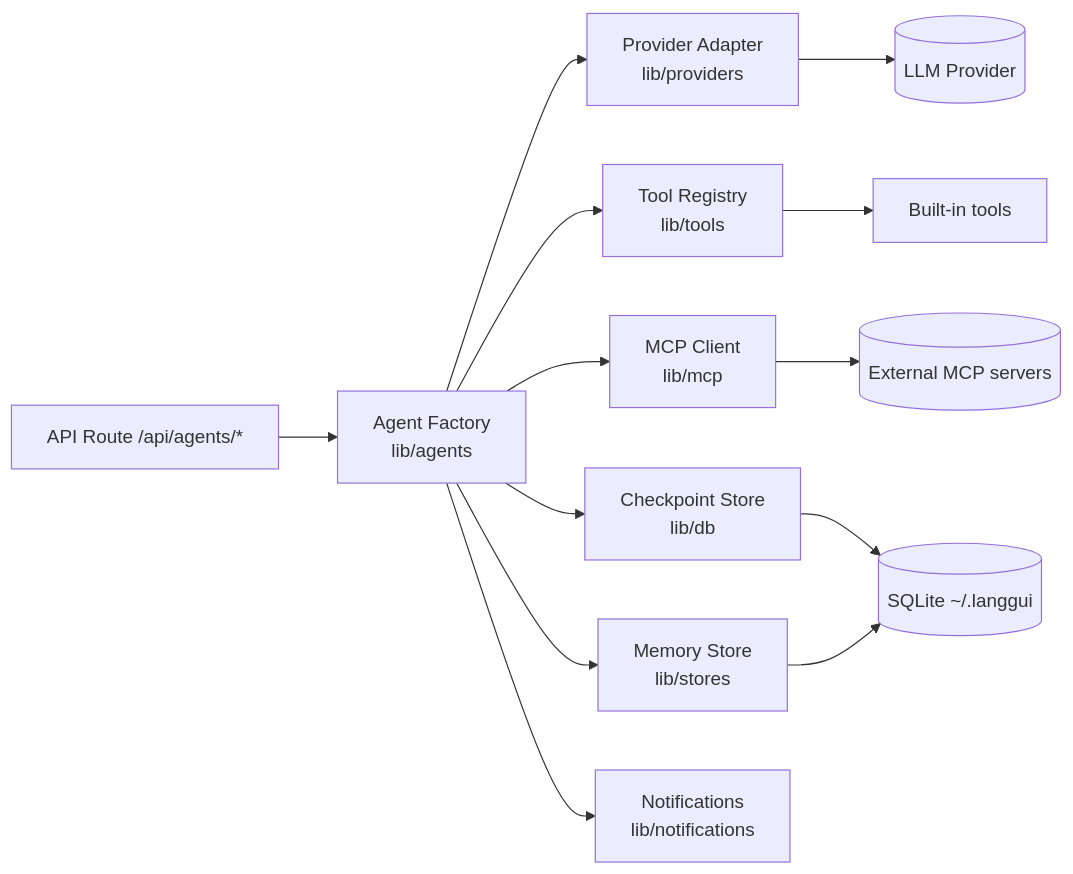
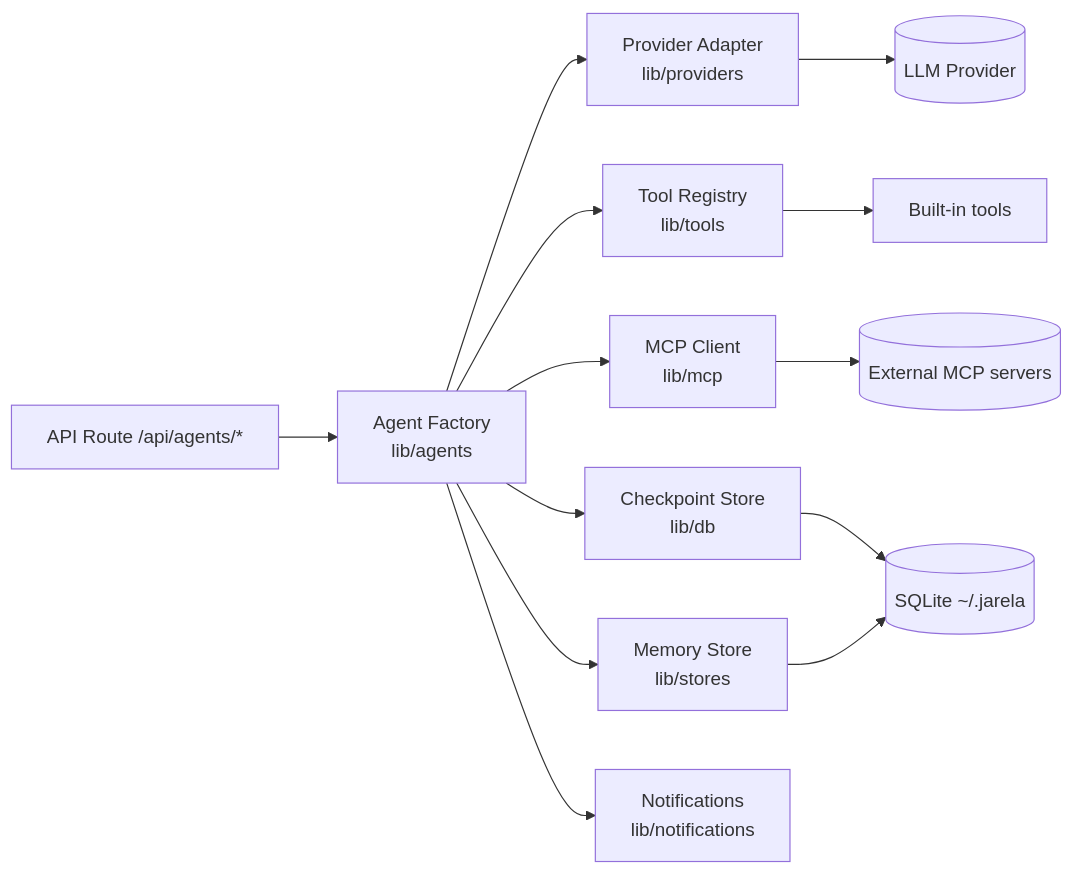
The second of 4 diagrams in ARCHITECTURE.md (CircuitWall/jarela), drawn with Mermaid before and after one commit. The commit also changed other lines of this file and 107 other files, not shown here.

````diff
--- a/ARCHITECTURE.md
+++ b/ARCHITECTURE.md
@@ -45,15 +45,15 @@
 ```mermaid
 flowchart LR
     A[API Route /api/agents/*] --> B[Agent Factory<br/>lib/agents]
     B --> C[Provider Adapter<br/>lib/providers]
     B --> D[Tool Registry<br/>lib/tools]
     B --> E[MCP Client<br/>lib/mcp]
     C --> F[(LLM Provider)]
     D --> G[Built-in tools]
     E --> H[(External MCP servers)]
     B --> I[Checkpoint Store<br/>lib/db]
-    I --> J[(SQLite ~/.langgui)]
+    I --> J[(SQLite ~/.jarela)]
     B --> K[Memory Store<br/>lib/stores]
     K --> J
     B --> L[Notifications<br/>lib/notifications]
 ```
````
